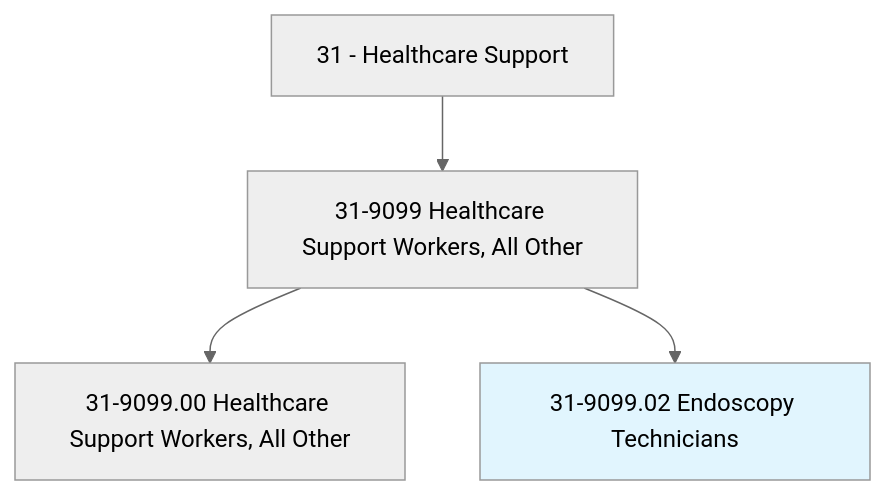
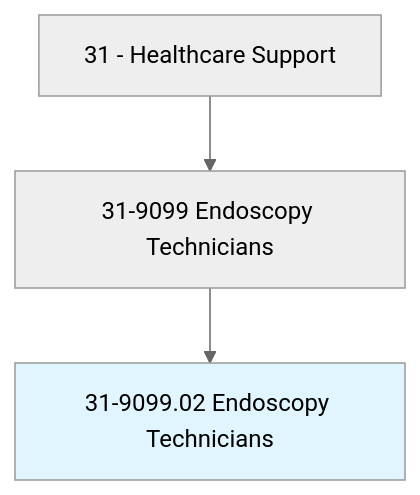
The first of 4 diagrams in occupations/HealthcareSupport/EndoscopyTechnicians.mdx (kziemski/business.org.ai), drawn with Mermaid (neutral theme) before and after one commit. The commit also changed other lines of this file and 938 other files, not shown here.

````diff
--- a/occupations/HealthcareSupport/EndoscopyTechnicians.mdx
+++ b/occupations/HealthcareSupport/EndoscopyTechnicians.mdx
@@ -19,7 +23,6 @@
 ```mermaid
 graph TD
-    Cat31["31 - Healthcare Support"] --> Group319099["31-9099 Healthcare Support Workers, All Other"]
-    Group319099 --> Base["31-9099.00 Healthcare Support Workers, All Other"]
+    Cat31["31 - Healthcare Support"] --> Group319099["31-9099 Endoscopy Technicians"]
     Group319099 --> Current["31-9099.02 Endoscopy Technicians"]
     style Current fill:#e1f5fe
 ```
````
